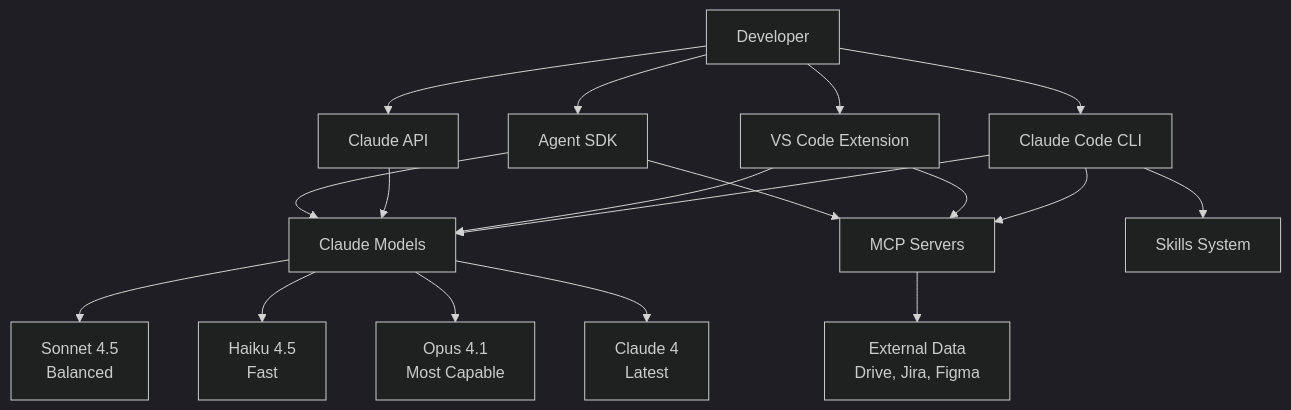
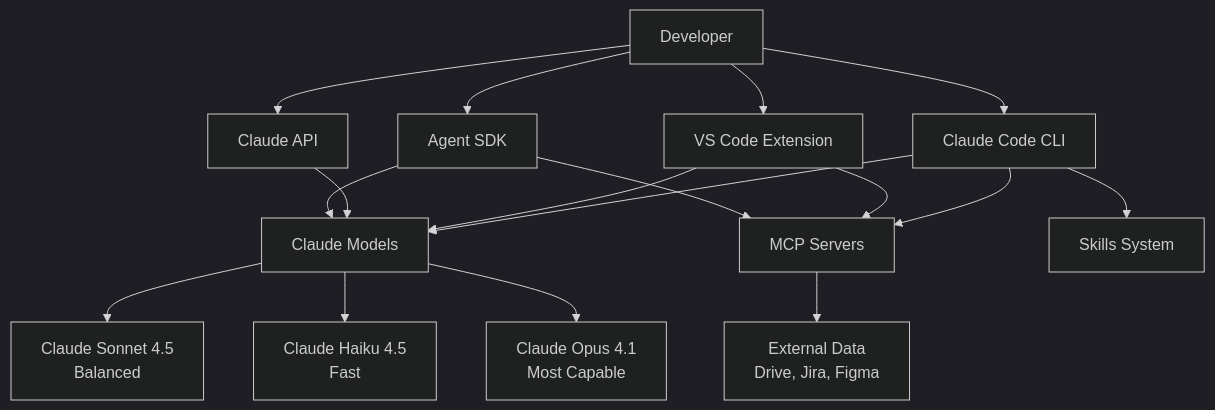
Before and after one commit to slava-kudzinau/cc-guide: the first of 4 diagrams in docs/01-fundamentals-core-concepts/01-mental-models.md, drawn with Mermaid (dark theme). The commit also changed other lines of this file, not shown here.

Commit message:
Refactor model naming in documentation to consistently include "Claude" prefix for all models, update model descriptions and use cases for clarity, and enhance decision tree for model selection.

````diff
--- a/docs/01-fundamentals-core-concepts/01-mental-models.md
+++ b/docs/01-fundamentals-core-concepts/01-mental-models.md
@@ -13,25 +13,24 @@
 ```mermaid
 graph TD
     User[Developer] --> CLI[Claude Code CLI]
     User --> VSCode[VS Code Extension]
     User --> API[Claude API]
     User --> SDK[Agent SDK]
     
     CLI --> Models[Claude Models]
     VSCode --> Models
     API --> Models
     SDK --> Models
     
-    Models --> Sonnet45[Sonnet 4.5<br/>Balanced]
-    Models --> Haiku45[Haiku 4.5<br/>Fast]
-    Models --> Opus4[Opus 4.1<br/>Most Capable]
-    Models --> Claude4[Claude 4<br/>Latest]
+    Models --> Sonnet45[Claude Sonnet 4.5<br/>Balanced]
+    Models --> Haiku45[Claude Haiku 4.5<br/>Fast]
+    Models --> Opus4[Claude Opus 4.1<br/>Most Capable]
     
     CLI --> MCP[MCP Servers]
     VSCode --> MCP
     SDK --> MCP
     
     CLI --> Skills[Skills System]
     
     MCP --> External[External Data<br/>Drive, Jira, Figma]
 ```
````
